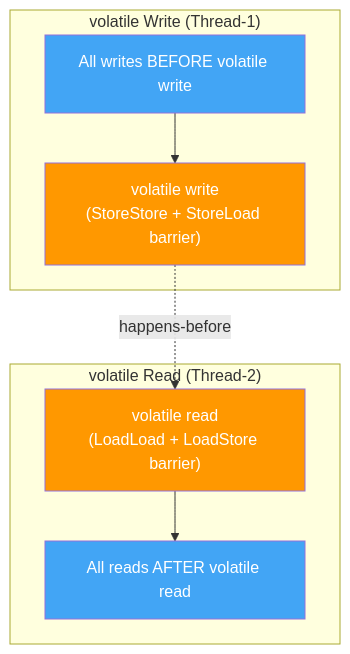
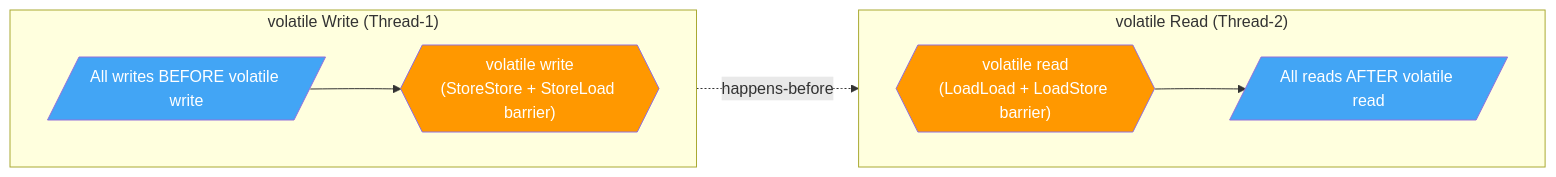
One commit to saivamsikaruturi/vamsilabs-dev-notes-main changed the fourth of 7 diagrams in docs/java/JavaMemoryModel.md. Above: the diagram before and after it, drawn with Mermaid. The commit also changed other lines of this file and 146 other files, not shown here.

Commit message:
Horizontal diagrams, UML class diagrams, typography overhaul, and permalink cleanup

````diff
--- a/docs/java/JavaMemoryModel.md
+++ b/docs/java/JavaMemoryModel.md
@@ -192,17 +192,19 @@
 ```mermaid
-graph TD
+flowchart LR
     subgraph "volatile Write (Thread-1)"
-        VW1["All writes BEFORE volatile write"] --> VW2["volatile write<br/>(StoreStore + StoreLoad barrier)"]
+        direction LR
+        VW1[/"All writes BEFORE volatile write"/] --> VW2{{"volatile write<br/>(StoreStore + StoreLoad barrier)"}}
     end
 
     subgraph "volatile Read (Thread-2)"
-        VR1["volatile read<br/>(LoadLoad + LoadStore barrier)"] --> VR2["All reads AFTER volatile read"]
+        direction LR
+        VR1{{"volatile read<br/>(LoadLoad + LoadStore barrier)"}} --> VR2[/"All reads AFTER volatile read"/]
     end
 
     VW2 -.->|"happens-before"| VR1
 
     style VW2 fill:#FF9800,color:#fff
     style VR1 fill:#FF9800,color:#fff
     style VW1 fill:#42A5F5,color:#fff
     style VR2 fill:#42A5F5,color:#fff
 ```
````
